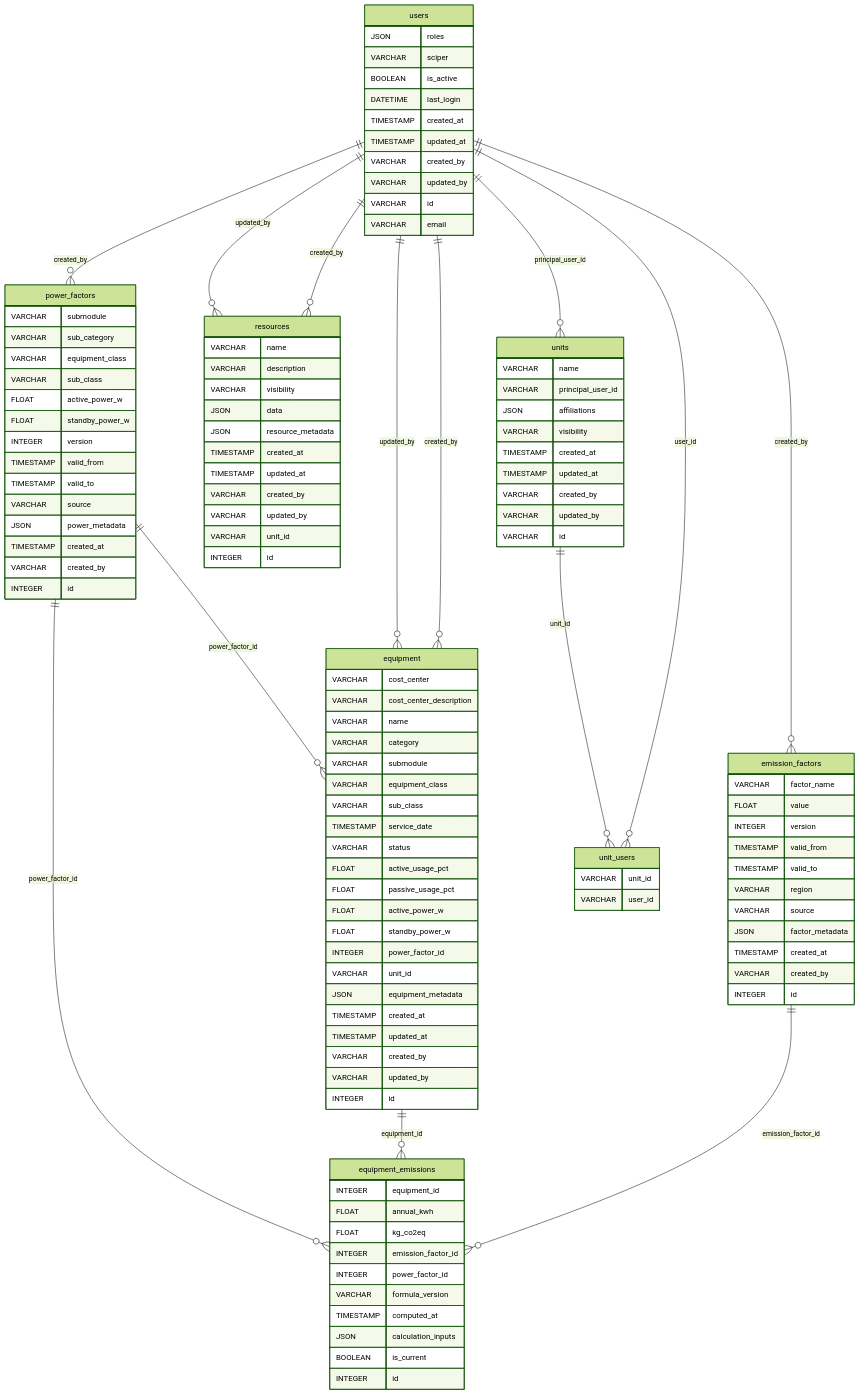
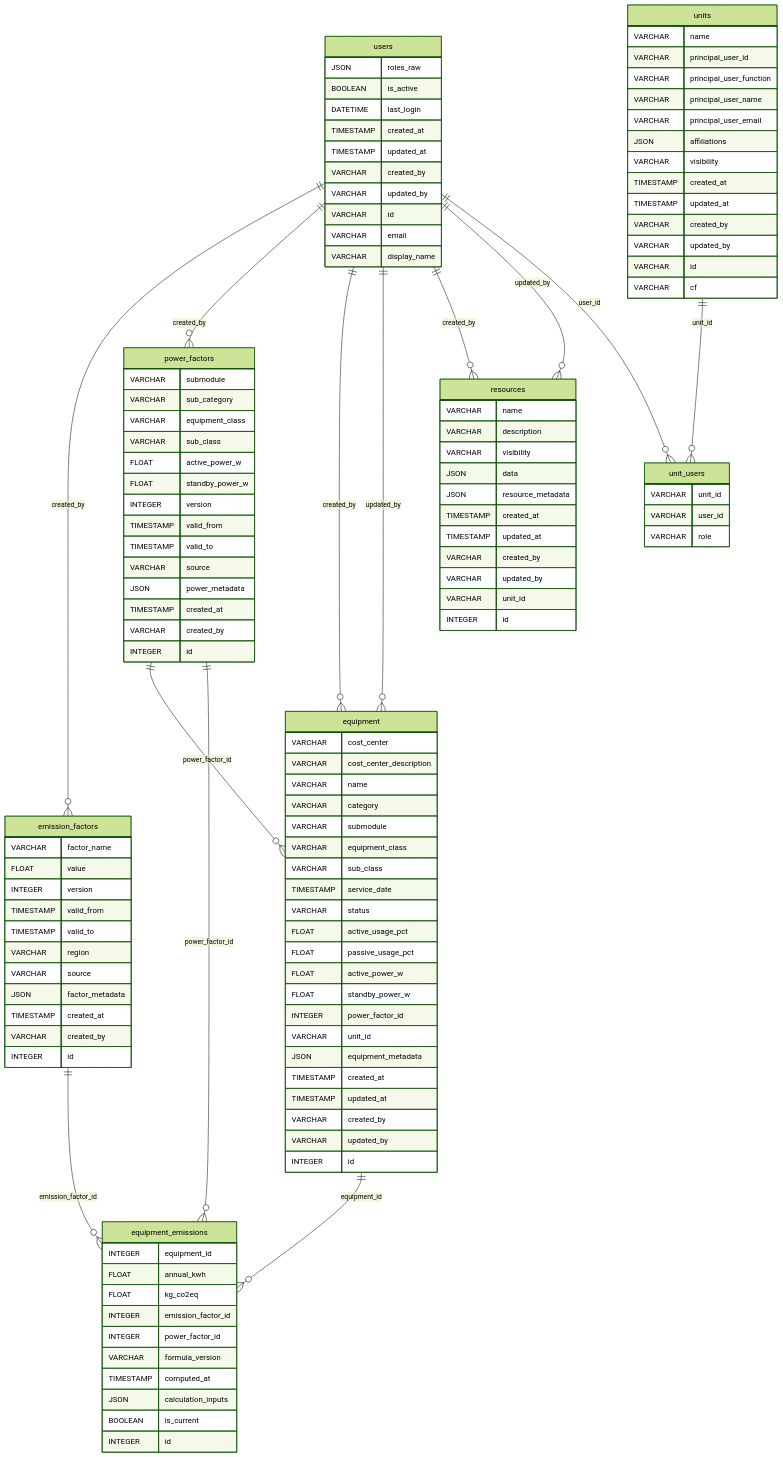
The diagram in docs/src/database/erd.md (EPFL-ENAC/co2-calculator), drawn with Mermaid (forest theme) before and after one commit. The commit also changed other lines of this file and 50 other files, not shown here.

````diff
--- a/docs/src/database/erd.md
+++ b/docs/src/database/erd.md
@@ -82,6 +81,9 @@
   units {
     VARCHAR name
     VARCHAR principal_user_id
+    VARCHAR principal_user_function
+    VARCHAR principal_user_name
+    VARCHAR principal_user_email
     JSON affiliations
     VARCHAR visibility
     TIMESTAMP created_at
@@ -89,14 +91,15 @@
     VARCHAR created_by
     VARCHAR updated_by
     VARCHAR id
+    VARCHAR cf
   }
   unit_users {
     VARCHAR unit_id
     VARCHAR user_id
+    VARCHAR role
   }
   users {
-    JSON roles
-    VARCHAR sciper
+    JSON roles_raw
     BOOLEAN is_active
     DATETIME last_login
     TIMESTAMP created_at
@@ -105,18 +108,18 @@
     VARCHAR updated_by
     VARCHAR id
     VARCHAR email
+    VARCHAR display_name
   }
   users ||--}o emission_factors : created_by
   users ||--}o power_factors : created_by
   users ||--}o equipment : created_by
   users ||--}o equipment : updated_by
   power_factors ||--}o equipment : power_factor_id
+  power_factors ||--}o equipment_emissions : power_factor_id
   emission_factors ||--}o equipment_emissions : emission_factor_id
   equipment ||--}o equipment_emissions : equipment_id
-  power_factors ||--}o equipment_emissions : power_factor_id
   users ||--}o resources : created_by
   users ||--}o resources : updated_by
-  users ||--}o units : principal_user_id
   users ||--}o unit_users : user_id
   units ||--}o unit_users : unit_id
 ```
````
